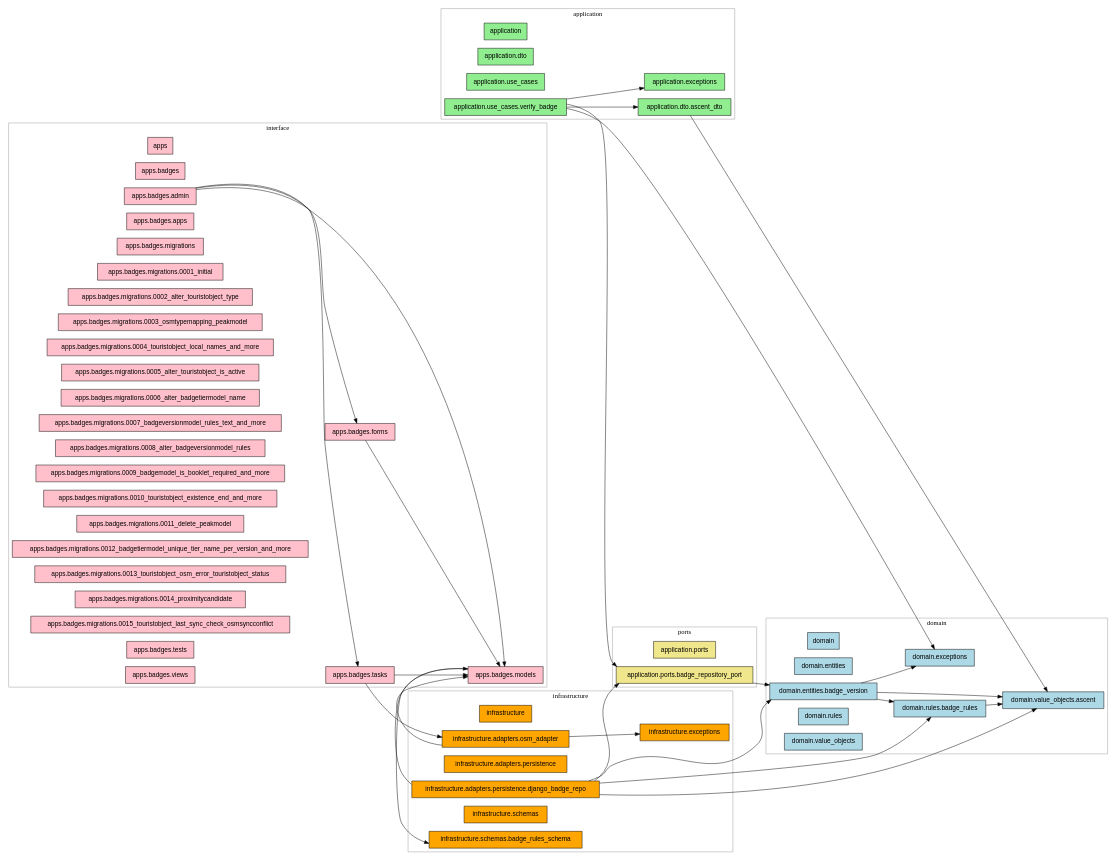
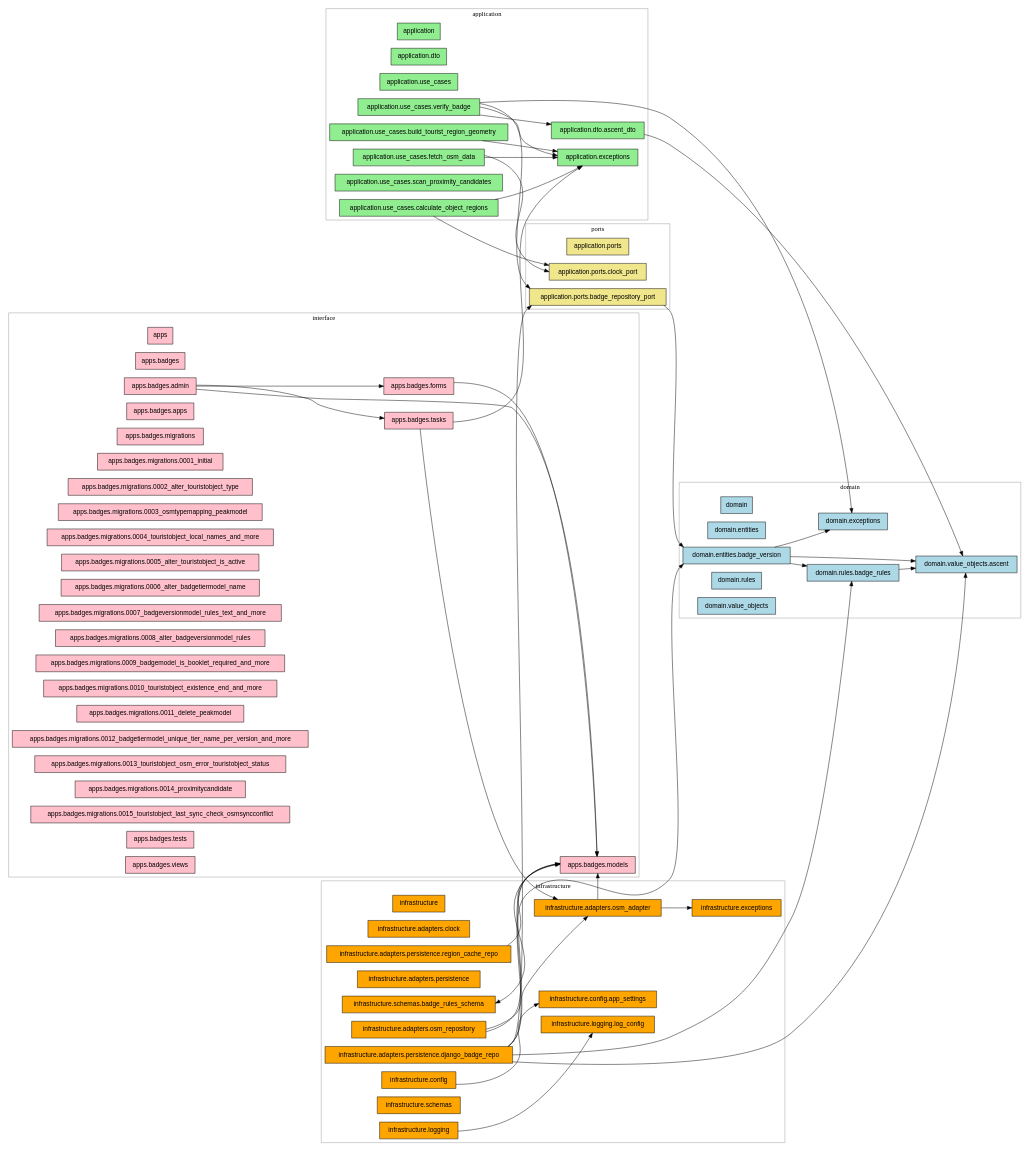
The diagram in dependencies.dot (Marek1Marecki/badges_system), drawn with Graphviz before and after one commit. The commit also changed 66 other files, not shown here.

First line of the commit message:
Refactor tasks.py to hexagonal architecture with use cases and adapters

```diff
--- a/dependencies.dot
+++ b/dependencies.dot
@@ -1,103 +1,125 @@
 digraph G {
   rankdir=LR;
   graph [splines=true, overlap=false];
   node [shape=box, style=filled, fontname=Helvetica];
 
   subgraph cluster_domain {
     label="domain";
     color=gray60;
     "domain" [fillcolor="lightblue"];
     "domain.entities" [fillcolor="lightblue"];
     "domain.entities.badge_version" [fillcolor="lightblue"];
     "domain.exceptions" [fillcolor="lightblue"];
     "domain.rules" [fillcolor="lightblue"];
     "domain.rules.badge_rules" [fillcolor="lightblue"];
     "domain.value_objects" [fillcolor="lightblue"];
     "domain.value_objects.ascent" [fillcolor="lightblue"];
   }
 
   subgraph cluster_application {
     label="application";
     color=gray60;
     "application" [fillcolor="lightgreen"];
     "application.dto" [fillcolor="lightgreen"];
     "application.dto.ascent_dto" [fillcolor="lightgreen"];
     "application.exceptions" [fillcolor="lightgreen"];
     "application.use_cases" [fillcolor="lightgreen"];
+    "application.use_cases.build_tourist_region_geometry" [fillcolor="lightgreen"];
+    "application.use_cases.calculate_object_regions" [fillcolor="lightgreen"];
+    "application.use_cases.fetch_osm_data" [fillcolor="lightgreen"];
+    "application.use_cases.scan_proximity_candidates" [fillcolor="lightgreen"];
     "application.use_cases.verify_badge" [fillcolor="lightgreen"];
   }
 
   subgraph cluster_ports {
     label="ports";
     color=gray60;
     "application.ports" [fillcolor="khaki"];
     "application.ports.badge_repository_port" [fillcolor="khaki"];
+    "application.ports.clock_port" [fillcolor="khaki"];
   }
 
   subgraph cluster_infrastructure {
     label="infrastructure";
     color=gray60;
     "infrastructure" [fillcolor="orange"];
+    "infrastructure.adapters.clock" [fillcolor="orange"];
     "infrastructure.adapters.osm_adapter" [fillcolor="orange"];
+    "infrastructure.adapters.osm_repository" [fillcolor="orange"];
     "infrastructure.adapters.persistence" [fillcolor="orange"];
     "infrastructure.adapters.persistence.django_badge_repo" [fillcolor="orange"];
+    "infrastructure.adapters.persistence.region_cache_repo" [fillcolor="orange"];
+    "infrastructure.config" [fillcolor="orange"];
+    "infrastructure.config.app_settings" [fillcolor="orange"];
     "infrastructure.exceptions" [fillcolor="orange"];
+    "infrastructure.logging" [fillcolor="orange"];
+    "infrastructure.logging.log_config" [fillcolor="orange"];
     "infrastructure.schemas" [fillcolor="orange"];
     "infrastructure.schemas.badge_rules_schema" [fillcolor="orange"];
   }
 
   subgraph cluster_interface {
     label="interface";
     color=gray60;
     "apps" [fillcolor="pink"];
     "apps.badges" [fillcolor="pink"];
     "apps.badges.admin" [fillcolor="pink"];
     "apps.badges.apps" [fillcolor="pink"];
     "apps.badges.forms" [fillcolor="pink"];
     "apps.badges.migrations" [fillcolor="pink"];
     "apps.badges.migrations.0001_initial" [fillcolor="pink"];
     "apps.badges.migrations.0002_alter_touristobject_type" [fillcolor="pink"];
     "apps.badges.migrations.0003_osmtypemapping_peakmodel" [fillcolor="pink"];
     "apps.badges.migrations.0004_touristobject_local_names_and_more" [fillcolor="pink"];
     "apps.badges.migrations.0005_alter_touristobject_is_active" [fillcolor="pink"];
     "apps.badges.migrations.0006_alter_badgetiermodel_name" [fillcolor="pink"];
     "apps.badges.migrations.0007_badgeversionmodel_rules_text_and_more" [fillcolor="pink"];
     "apps.badges.migrations.0008_alter_badgeversionmodel_rules" [fillcolor="pink"];
     "apps.badges.migrations.0009_badgemodel_is_booklet_required_and_more" [fillcolor="pink"];
     "apps.badges.migrations.0010_touristobject_existence_end_and_more" [fillcolor="pink"];
     "apps.badges.migrations.0011_delete_peakmodel" [fillcolor="pink"];
     "apps.badges.migrations.0012_badgetiermodel_unique_tier_name_per_version_and_more" [fillcolor="pink"];
     "apps.badges.migrations.0013_touristobject_osm_error_touristobject_status" [fillcolor="pink"];
     "apps.badges.migrations.0014_proximitycandidate" [fillcolor="pink"];
     "apps.badges.migrations.0015_touristobject_last_sync_check_osmsyncconflict" [fillcolor="pink"];
     "apps.badges.models" [fillcolor="pink"];
     "apps.badges.tasks" [fillcolor="pink"];
     "apps.badges.tests" [fillcolor="pink"];
     "apps.badges.views" [fillcolor="pink"];
   }
 
   "application.dto.ascent_dto" -> "domain.value_objects.ascent";
   "application.ports.badge_repository_port" -> "domain.entities.badge_version";
+  "application.use_cases.build_tourist_region_geometry" -> "application.exceptions";
+  "application.use_cases.calculate_object_regions" -> "application.exceptions";
+  "application.use_cases.calculate_object_regions" -> "application.ports.clock_port";
+  "application.use_cases.fetch_osm_data" -> "application.exceptions";
+  "application.use_cases.fetch_osm_data" -> "application.ports.clock_port";
   "application.use_cases.verify_badge" -> "application.dto.ascent_dto";
   "application.use_cases.verify_badge" -> "application.exceptions";
   "application.use_cases.verify_badge" -> "application.ports.badge_repository_port";
   "application.use_cases.verify_badge" -> "domain.exceptions";
   "apps.badges.admin" -> "apps.badges.forms";
   "apps.badges.admin" -> "apps.badges.models";
   "apps.badges.admin" -> "apps.badges.tasks";
   "apps.badges.forms" -> "apps.badges.models";
   "apps.badges.models" -> "infrastructure.schemas.badge_rules_schema";
-  "apps.badges.tasks" -> "apps.badges.models";
+  "apps.badges.tasks" -> "application.exceptions";
   "apps.badges.tasks" -> "infrastructure.adapters.osm_adapter";
   "domain.entities.badge_version" -> "domain.exceptions";
   "domain.entities.badge_version" -> "domain.rules.badge_rules";
   "domain.entities.badge_version" -> "domain.value_objects.ascent";
   "domain.rules.badge_rules" -> "domain.value_objects.ascent";
   "infrastructure.adapters.osm_adapter" -> "apps.badges.models";
   "infrastructure.adapters.osm_adapter" -> "infrastructure.exceptions";
+  "infrastructure.adapters.osm_repository" -> "apps.badges.models";
+  "infrastructure.adapters.osm_repository" -> "infrastructure.adapters.osm_adapter";
   "infrastructure.adapters.persistence.django_badge_repo" -> "application.ports.badge_repository_port";
   "infrastructure.adapters.persistence.django_badge_repo" -> "apps.badges.models";
   "infrastructure.adapters.persistence.django_badge_repo" -> "domain.entities.badge_version";
   "infrastructure.adapters.persistence.django_badge_repo" -> "domain.rules.badge_rules";
   "infrastructure.adapters.persistence.django_badge_repo" -> "domain.value_objects.ascent";
+  "infrastructure.adapters.persistence.region_cache_repo" -> "apps.badges.models";
+  "infrastructure.config" -> "infrastructure.config.app_settings";
+  "infrastructure.logging" -> "infrastructure.logging.log_config";
 }
```
